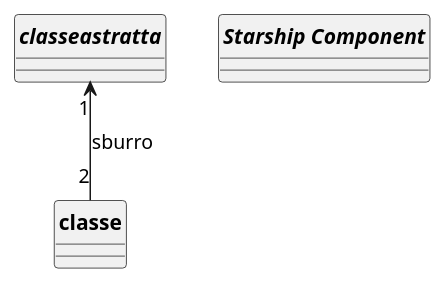
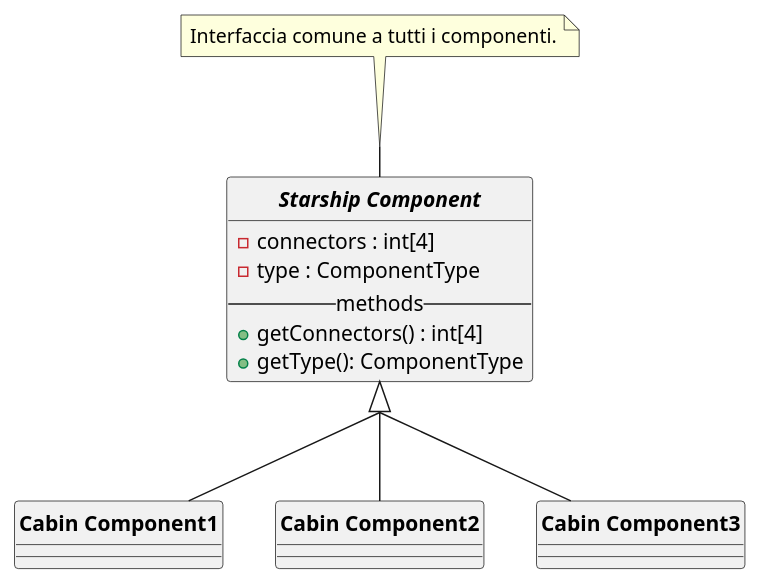
Before and after one commit to teoscura/ing-sw-2025-ponzo-romano-sarto-scuratti: the diagram in classdiagrams.puml, drawn with PlantUML.

Commit message:
Figured out syntax and typed a class from the ruleset

```diff
--- a/classdiagrams.puml
+++ b/classdiagrams.puml
@@ -1,16 +1,37 @@
 @startuml style
 ''Style config
 hide circle
 skinparam classFontStyle bold
-skinparam classAttributeIconSize 0
+skinparam groupInheritance 2
+''skinparam classAttributeIconSize 0
 
-''Dichiarazioni classi
-abstract classeastratta
-class classe
-interface starcomp as "Starship Component"
+''legenda: - private + pubblico #protected 
+
+''Class declaration
 
 
+interface $iSC as "Starship Component"{
+    {field} -connectors : int[4]
+    {field} -type : ComponentType
+    --methods--
+    {method} +getConnectors() : int[4]
+    {method} +getType(): ComponentType
+}
+note top of $iSC : Interfaccia comune a tutti i componenti.
 
-''Collegamenti tra classi
-classeastratta "1" <-- "2" classe : sburro
+class $CompCC as "Cabin Component1"{
+}
+
+class $SompCC as "Cabin Component2"{
+}
+
+class $FompCC as "Cabin Component3"{
+}
+
+$iSC ^-- $CompCC
+$iSC ^-- $FompCC
+$iSC ^-- $SompCC
+
+''Relations between classes
+
 @enduml
```
